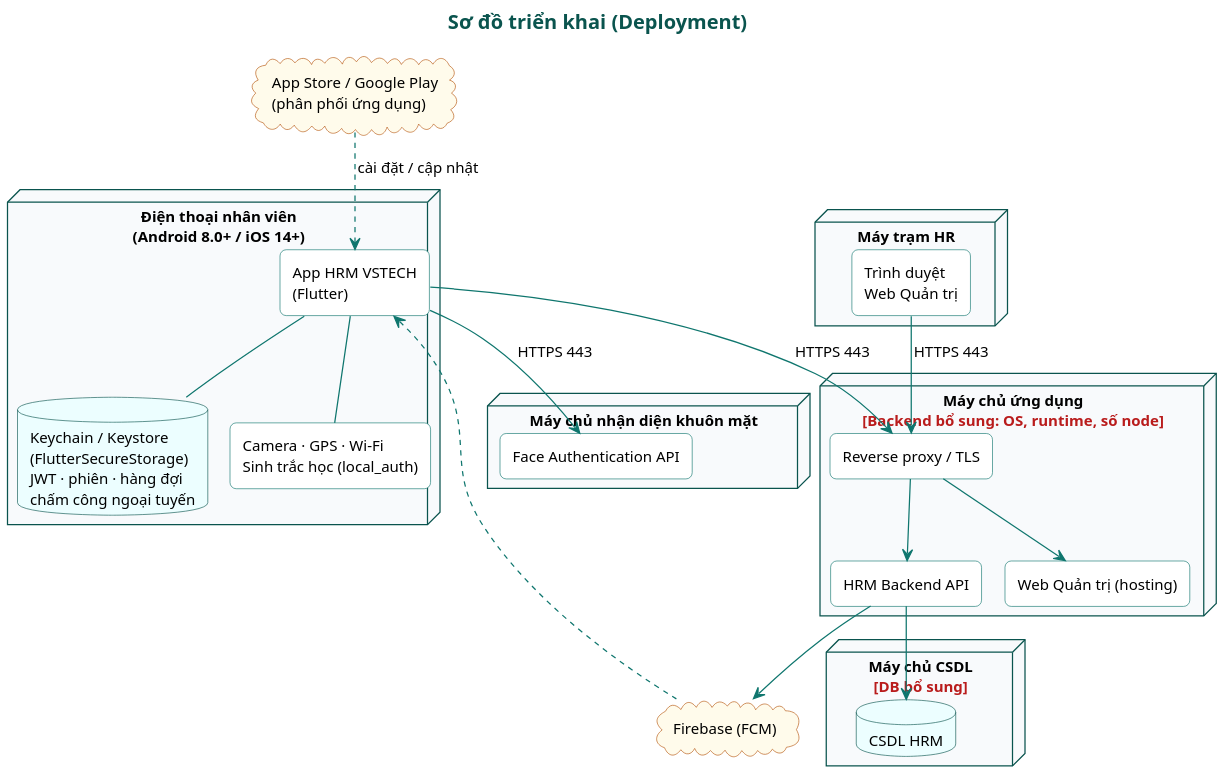
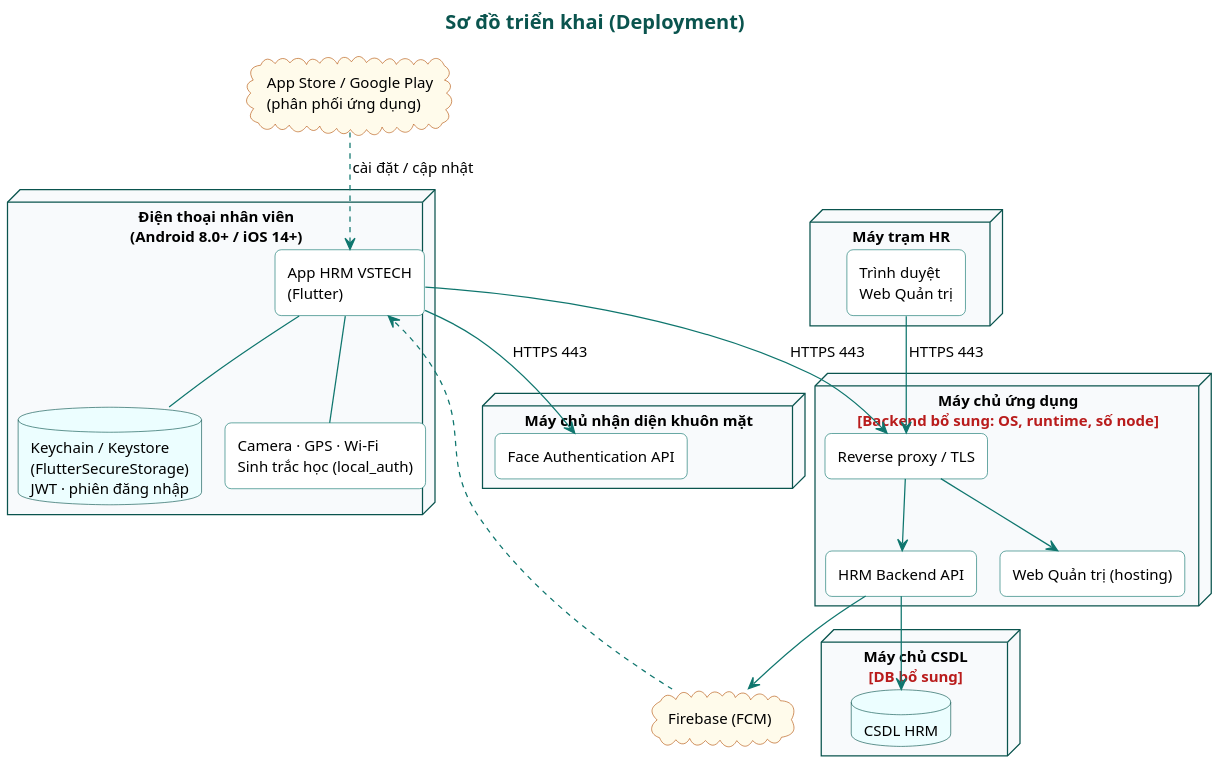
One commit to RakiticVo/vstech-hrm changed the diagram in docs/ip-registration/diagrams/src/A03_deployment.puml. Above: the diagram before and after it, drawn with PlantUML. The commit also changed 316 other files, not shown here.

Commit message:
docs(ip-registration,specs): update sequence diagrams, OpenAPI specs and cleanup obsolete UI assets

```diff
--- a/docs/ip-registration/diagrams/src/A03_deployment.puml
+++ b/docs/ip-registration/diagrams/src/A03_deployment.puml
@@ -1,86 +1,86 @@
 @startuml
 
 !pragma layout smetana
 skinparam dpi 160
 skinparam defaultFontName Arial
 skinparam defaultFontSize 12
 skinparam shadowing false
 skinparam roundCorner 10
 skinparam titleFontSize 16
 skinparam titleFontStyle bold
 skinparam titleFontColor #0A544E
 skinparam ArrowColor #0F766E
 skinparam componentStyle rectangle
 skinparam rectangle {
   BorderColor #0F766E
   BackgroundColor #FFFFFF
 }
 skinparam package {
   BorderColor #0A544E
   BackgroundColor #F0FDFA
   FontColor #0A544E
 }
 skinparam node {
   BorderColor #0A544E
   BackgroundColor #F8FAFC
 }
 skinparam database {
   BorderColor #0A544E
   BackgroundColor #ECFEFF
 }
 skinparam cloud {
   BorderColor #B45309
   BackgroundColor #FFFBEB
 }
 skinparam note {
   BackgroundColor #FFF8EC
   BorderColor #F59E0B
 }
 skinparam class {
   BorderColor #0F766E
   BackgroundColor #FFFFFF
   HeaderBackgroundColor #CCFBF1
   ArrowColor #0F766E
 }
 skinparam state {
   BorderColor #0F766E
   BackgroundColor #F0FDFA
   ArrowColor #0F766E
 }
 
 
 title Sơ đồ triển khai (Deployment)
 node "Điện thoại nhân viên\n(Android 8.0+ / iOS 14+)" as PHONE {
   rectangle "App HRM VSTECH\n(Flutter)" as APP
-  database "Keychain / Keystore\n(FlutterSecureStorage)\nJWT · phiên · hàng đợi\nchấm công ngoại tuyến" as KS
+  database "Keychain / Keystore\n(FlutterSecureStorage)\nJWT · phiên đăng nhập" as KS
   rectangle "Camera · GPS · Wi-Fi\nSinh trắc học (local_auth)" as HW
 }
 node "Máy trạm HR" as PC {
   rectangle "Trình duyệt\nWeb Quản trị" as BROWSER
 }
 node "Máy chủ ứng dụng\n<color:#B91C1C>[Backend bổ sung: OS, runtime, số node]</color>" as APPSRV {
   rectangle "Reverse proxy / TLS" as RP
   rectangle "HRM Backend API" as API
   rectangle "Web Quản trị (hosting)" as WEBH
 }
 node "Máy chủ nhận diện khuôn mặt" as FSRV {
   rectangle "Face Authentication API" as FACE
 }
 node "Máy chủ CSDL\n<color:#B91C1C>[DB bổ sung]</color>" as DBSRV {
   database "CSDL HRM" as DB
 }
 cloud "Firebase (FCM)" as FCM
 cloud "App Store / Google Play\n(phân phối ứng dụng)" as STORE
 
 APP --> RP : HTTPS 443
 APP --> FACE : HTTPS 443
 BROWSER --> RP : HTTPS 443
 RP --> API
 RP --> WEBH
 API --> DB
 API --> FCM
 FCM ..> APP
 STORE ..> APP : cài đặt / cập nhật
 APP -- KS
 APP -- HW
 @enduml
```
